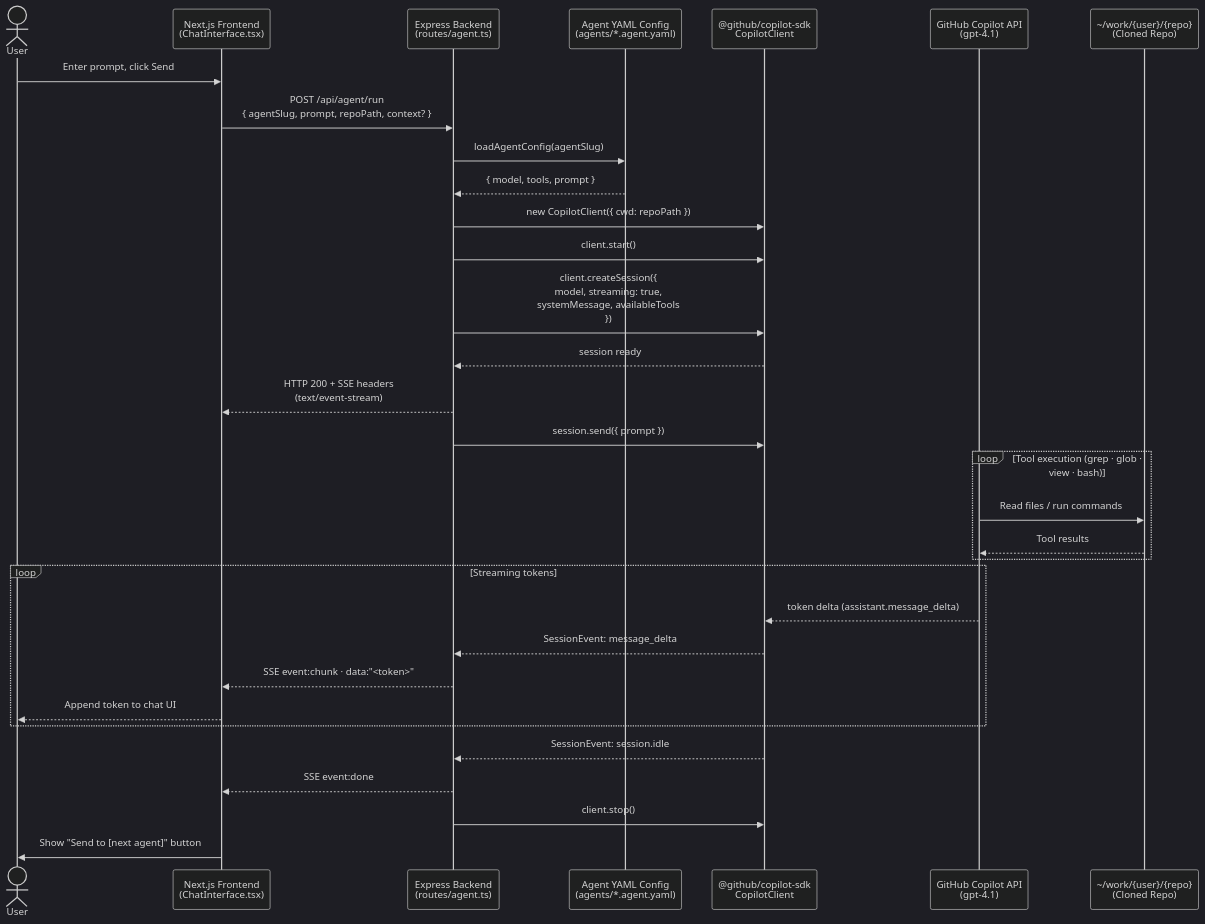
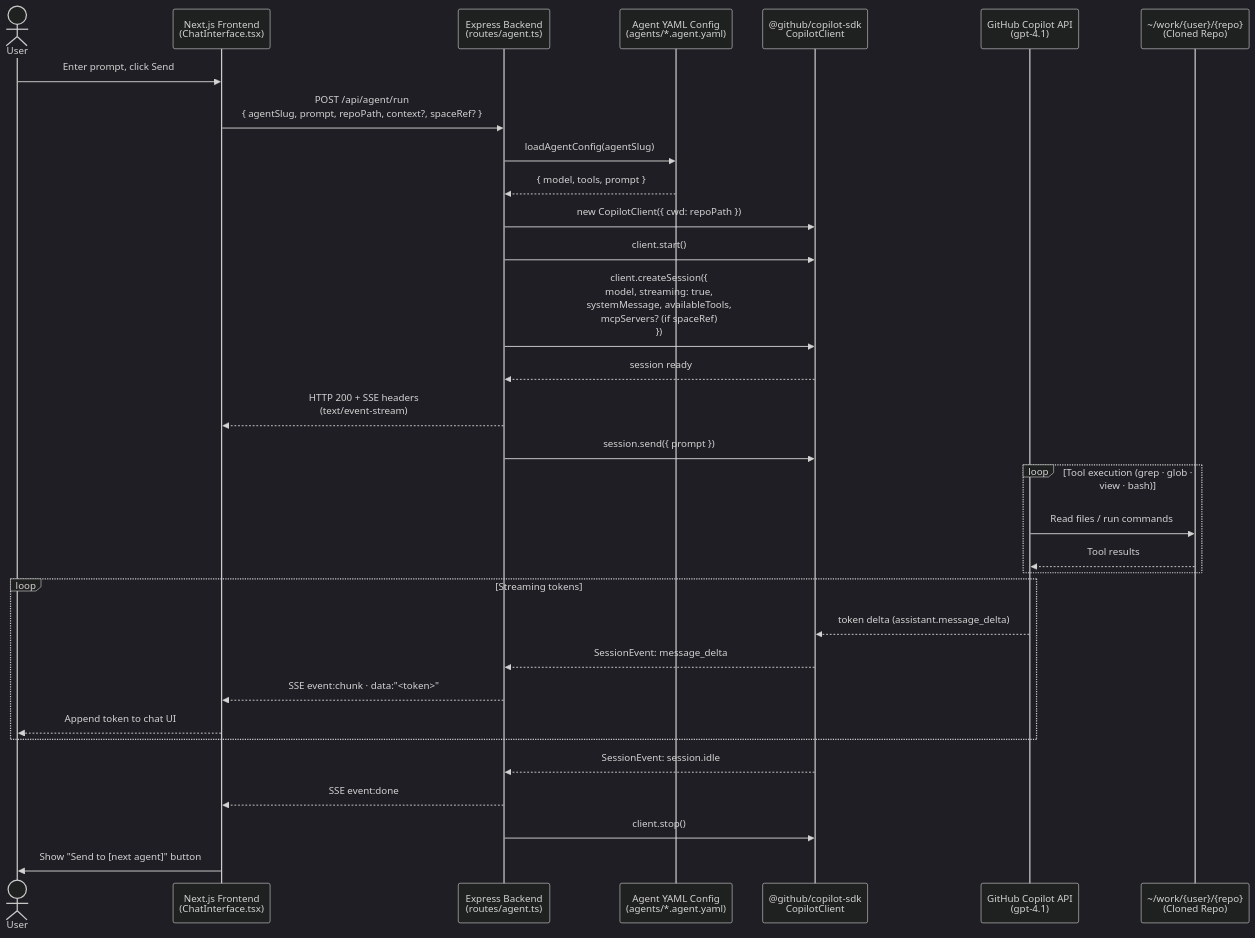
Before and after one commit to ricardocovo/agentic-web-spec: the second of 3 diagrams in ARCHITECTURE.md, drawn with Mermaid (dark theme). The commit also changed other lines of this file and 4 other files, not shown here.

First line of the commit message:
feat: migrate Copilot Spaces from REST API to MCP server

````diff
--- a/ARCHITECTURE.md
+++ b/ARCHITECTURE.md
@@ -96,44 +96,44 @@
 ```mermaid
 sequenceDiagram
     actor User
     participant FE as Next.js Frontend<br/>(ChatInterface.tsx)
     participant BE as Express Backend<br/>(routes/agent.ts)
     participant YAML as Agent YAML Config<br/>(agents/*.agent.yaml)
     participant SDK as @github/copilot-sdk<br/>CopilotClient
     participant Copilot as GitHub Copilot API<br/>(gpt-4.1)
     participant Repo as ~/work/{user}/{repo}<br/>(Cloned Repo)
 
     User->>FE: Enter prompt, click Send
-    FE->>BE: POST /api/agent/run<br/>{ agentSlug, prompt, repoPath, context? }
+    FE->>BE: POST /api/agent/run<br/>{ agentSlug, prompt, repoPath, context?, spaceRef? }
 
     BE->>YAML: loadAgentConfig(agentSlug)
     YAML-->>BE: { model, tools, prompt }
 
     BE->>SDK: new CopilotClient({ cwd: repoPath })
     BE->>SDK: client.start()
 
-    BE->>SDK: client.createSession({<br/>  model, streaming: true,<br/>  systemMessage, availableTools<br/>})
+    BE->>SDK: client.createSession({<br/>  model, streaming: true,<br/>  systemMessage, availableTools,<br/>  mcpServers? (if spaceRef)<br/>})
     SDK-->>BE: session ready
 
     BE-->>FE: HTTP 200 + SSE headers<br/>(text/event-stream)
 
     BE->>SDK: session.send({ prompt })
 
     loop Tool execution (grep · glob · view · bash)
         Copilot->>Repo: Read files / run commands
         Repo-->>Copilot: Tool results
     end
 
     loop Streaming tokens
         Copilot-->>SDK: token delta (assistant.message_delta)
         SDK-->>BE: SessionEvent: message_delta
         BE-->>FE: SSE event:chunk · data:"<token>"
         FE-->>User: Append token to chat UI
     end
 
     SDK-->>BE: SessionEvent: session.idle
     BE-->>FE: SSE event:done
     BE->>SDK: client.stop()
 
     FE->>User: Show "Send to [next agent]" button
 ```
````
